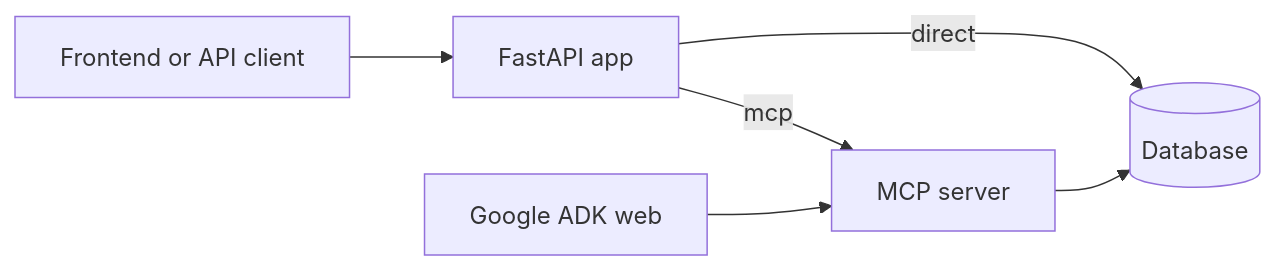
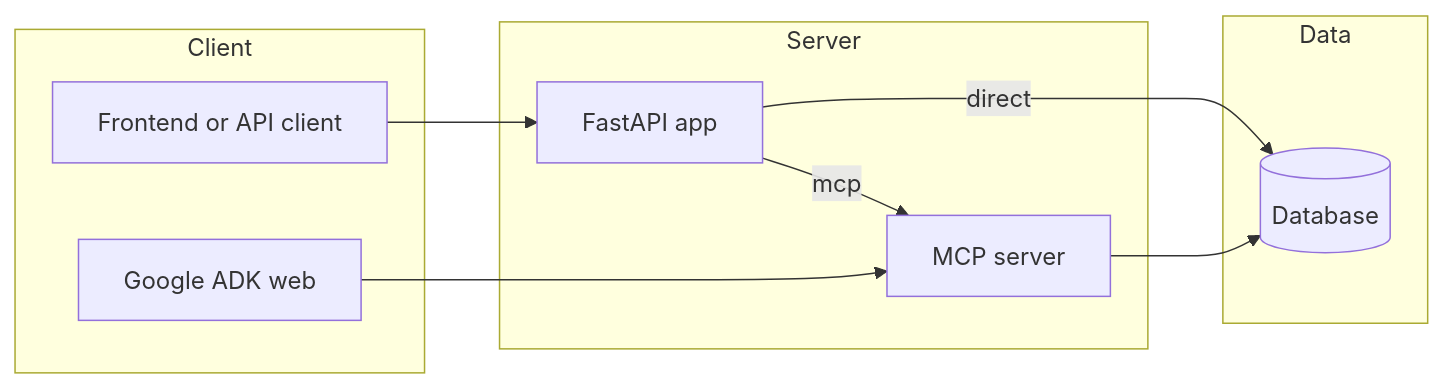
One commit to shreeshbhat04-ctrl/Cure-Quest changed the diagram in README.md. Above: the diagram before and after it, drawn with Mermaid.

Commit message:
Refine README media note and diagram layout
Agent-Logs-Url: https://github.com/shreeshbhat04-ctrl/Cure-Quest/sessions/d0d2c0ae-291a-425a-b62b-bc3f83f1e20a

````diff
--- a/README.md
+++ b/README.md
@@ -135,8 +133,22 @@
 ```mermaid
 flowchart LR
-    FE[Frontend or API client] --> API[FastAPI app]
-    API -->|direct| DB[(Database)]
-    API -->|mcp| MCP[MCP server]
-    ADK[Google ADK web] --> MCP
+    subgraph Client
+        FE[Frontend or API client]
+        ADK[Google ADK web]
+    end
+
+    subgraph Server
+        API[FastAPI app]
+        MCP[MCP server]
+    end
+
+    subgraph Data
+        DB[(Database)]
+    end
+
+    FE --> API
+    API -->|direct| DB
+    API -->|mcp| MCP
+    ADK --> MCP
     MCP --> DB
 ```
````
